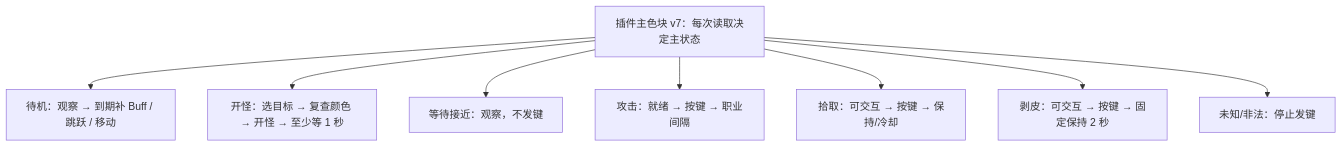
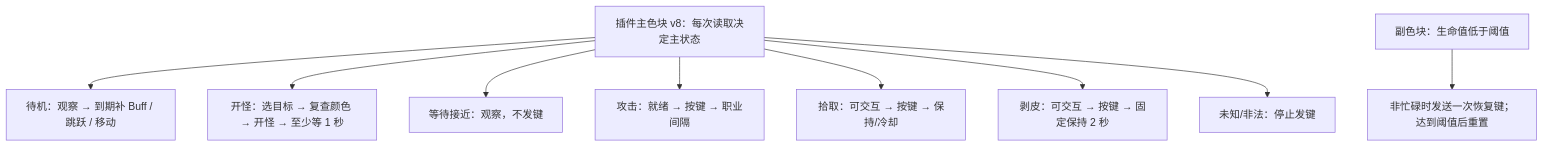
The diagram in tools/wowAuto/README.md (tfewfew/wow_tools), drawn with Mermaid before and after one commit. The commit also changed other lines of this file and 19 other files, not shown here.

````diff
--- a/tools/wowAuto/README.md
+++ b/tools/wowAuto/README.md
@@ -289,11 +289,12 @@
 ```mermaid
 flowchart TD
-    P["插件主色块 v7：每次读取决定主状态"]
+    P["插件主色块 v8：每次读取决定主状态"]
     P --> I["待机：观察 → 到期补 Buff / 跳跃 / 移动"]
     P --> O["开怪：选目标 → 复查颜色 → 开怪 → 至少等 1 秒"]
     P --> W["等待接近：观察，不发键"]
     P --> C["攻击：就绪 → 按键 → 职业间隔"]
     P --> L["拾取：可交互 → 按键 → 保持/冷却"]
     P --> S["剥皮：可交互 → 按键 → 固定保持 2 秒"]
     P --> U["未知/非法：停止发键"]
+    R["副色块：生命值低于阈值"] --> K["非忙碌时发送一次恢复键；达到阈值后重置"]
 ```
````
